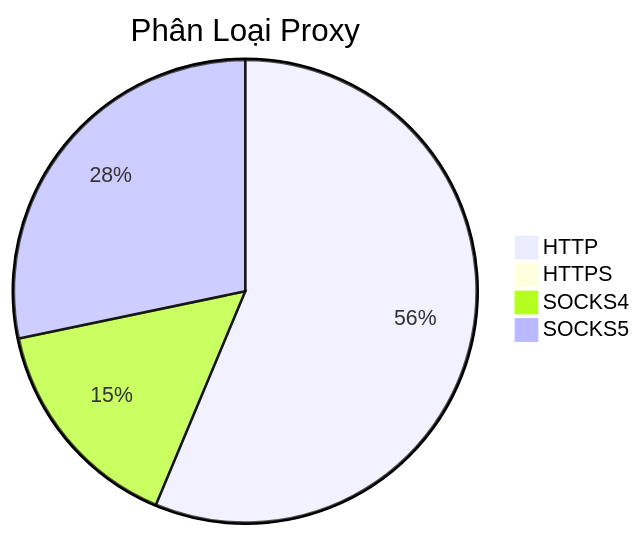
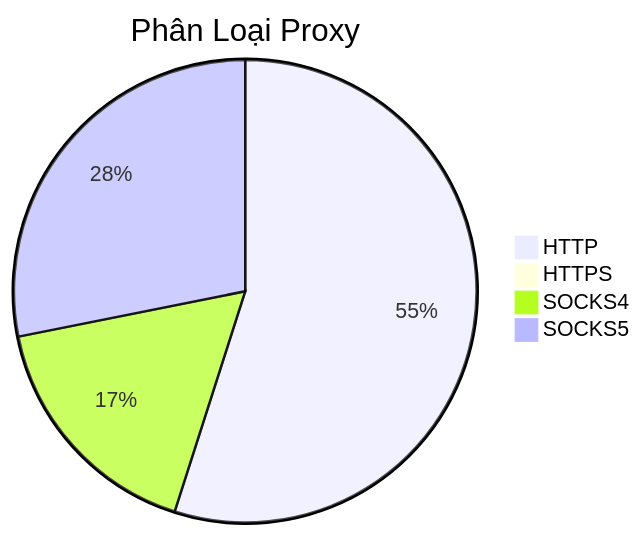
Before and after one commit to Ciara-12/PROXY-free: the diagram in README.md, drawn with Mermaid. The commit also changed other lines of this file and 4 other files, not shown here.

````diff
--- a/README.md
+++ b/README.md
@@ -26,7 +26,7 @@
 ```mermaid
 pie title Phân Loại Proxy
-    "HTTP" : 683
-    "HTTPS" : 1
+    "HTTP" : 607
+    "HTTPS" : 0
     "SOCKS4" : 187
-    "SOCKS5" : 343
+    "SOCKS5" : 311
 ```
````
